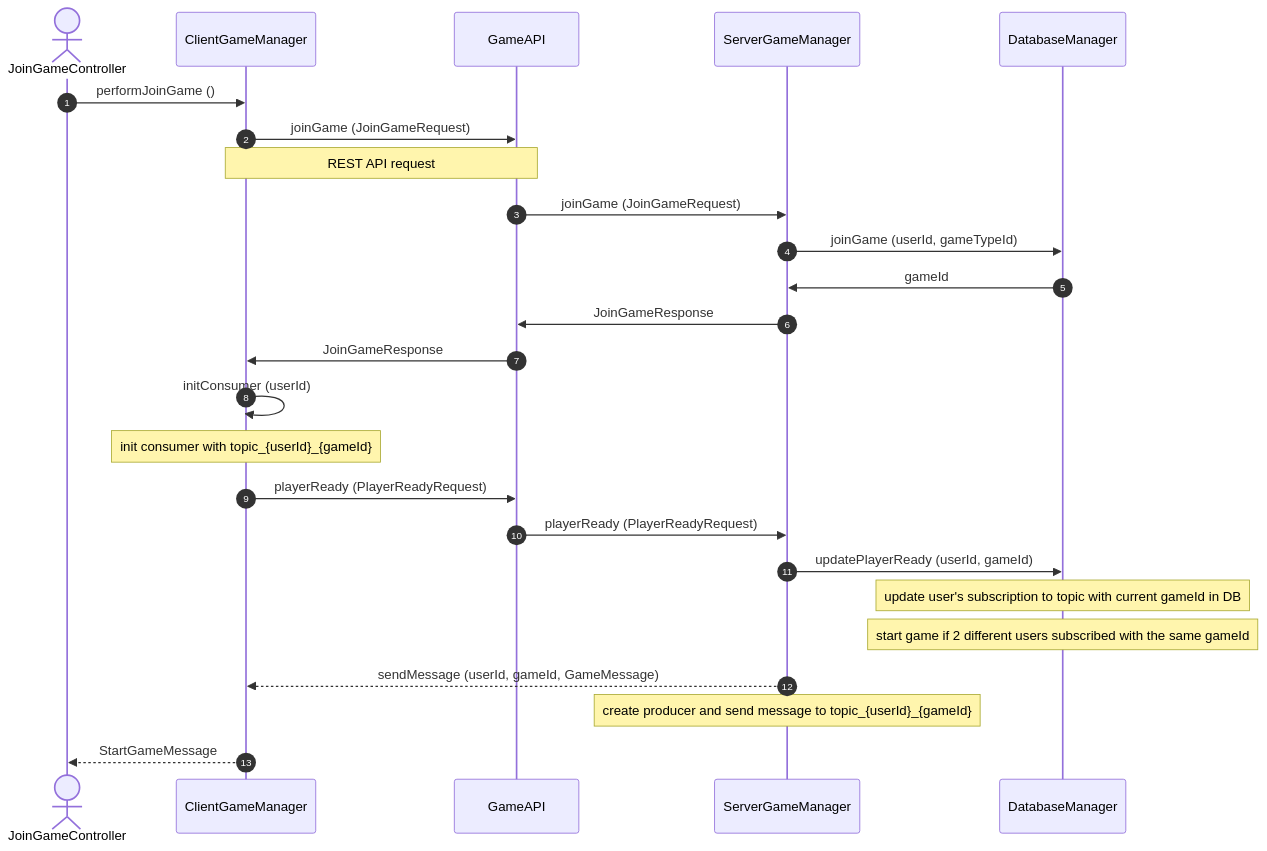
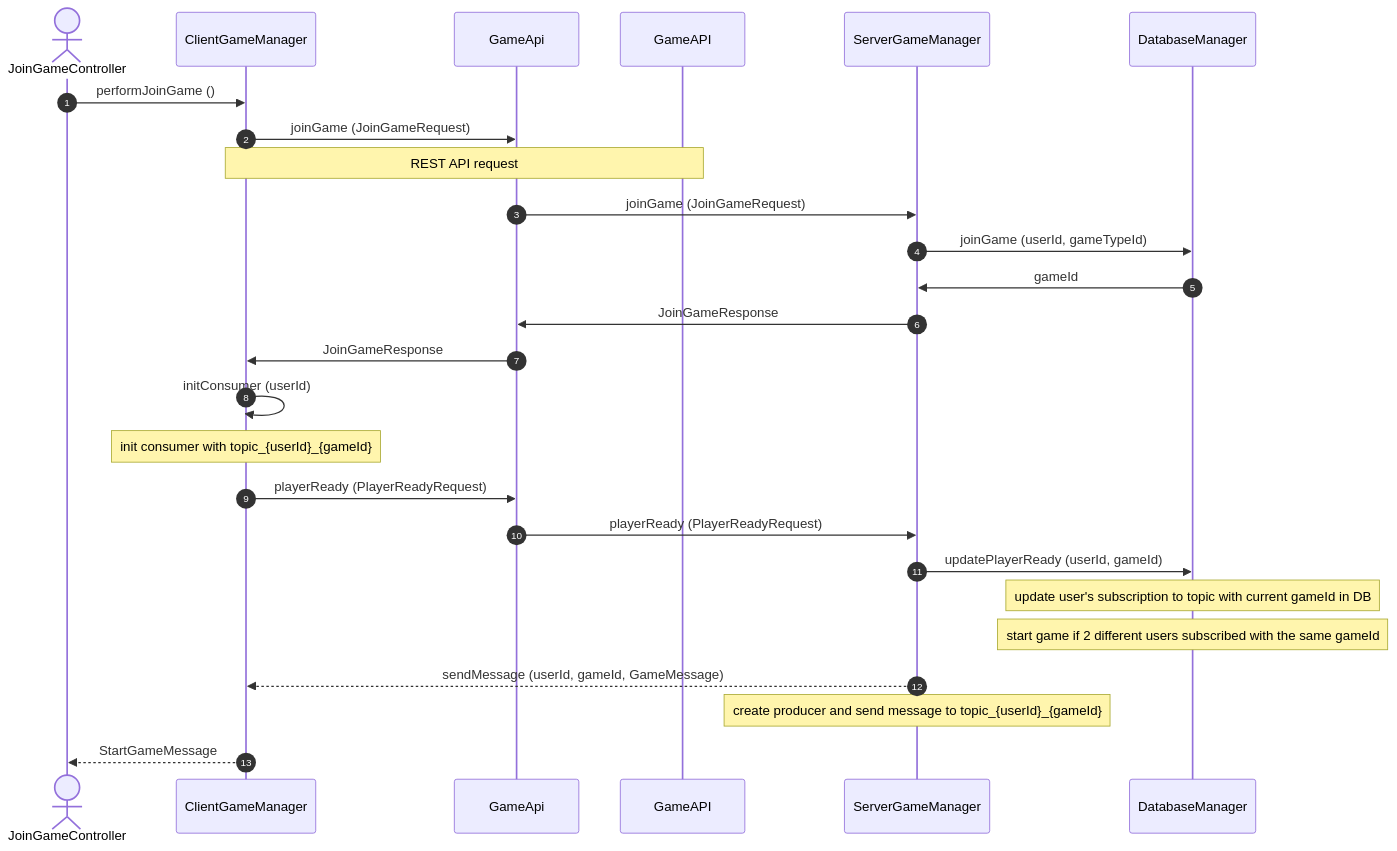
One commit to alice-ruv/board-games changed the diagram in README.md. Above: the diagram before and after it, drawn with Mermaid. The commit also changed other lines of this file, not shown here.

````diff
--- a/README.md
+++ b/README.md
@@ -151,23 +151,23 @@
 ```mermaid 
 sequenceDiagram
 autonumber
 actor JoinGameController
 JoinGameController ->> ClientGameManager: performJoinGame ()
-ClientGameManager ->> GameAPI: joinGame (JoinGameRequest)
+ClientGameManager ->> GameApi: joinGame (JoinGameRequest)
 note over ClientGameManager, GameAPI: REST API request
-GameAPI ->> ServerGameManager: joinGame (JoinGameRequest)
+GameApi ->> ServerGameManager: joinGame (JoinGameRequest)
 ServerGameManager ->> DatabaseManager: joinGame (userId, gameTypeId)
 DatabaseManager ->> ServerGameManager: gameId
-ServerGameManager ->> GameAPI: JoinGameResponse
-GameAPI ->> ClientGameManager: JoinGameResponse
+ServerGameManager ->> GameApi: JoinGameResponse
+GameApi ->> ClientGameManager: JoinGameResponse
 ClientGameManager ->> ClientGameManager: initConsumer (userId) 
 note over ClientGameManager: init consumer with topic_{userId}_{gameId}
-ClientGameManager ->> GameAPI: playerReady (PlayerReadyRequest)
-GameAPI ->> ServerGameManager: playerReady (PlayerReadyRequest)
+ClientGameManager ->> GameApi: playerReady (PlayerReadyRequest)
+GameApi ->> ServerGameManager: playerReady (PlayerReadyRequest)
 ServerGameManager ->> DatabaseManager: updatePlayerReady (userId, gameId)
 note over DatabaseManager: update user's subscription to topic with current gameId in DB
 note over DatabaseManager: start game if 2 different users subscribed with the same gameId
 ServerGameManager -->> ClientGameManager: sendMessage (userId, gameId, GameMessage)
 note over ServerGameManager: create producer and send message to topic_{userId}_{gameId} 
 ClientGameManager -->> JoinGameController: StartGameMessage
 ```
````
